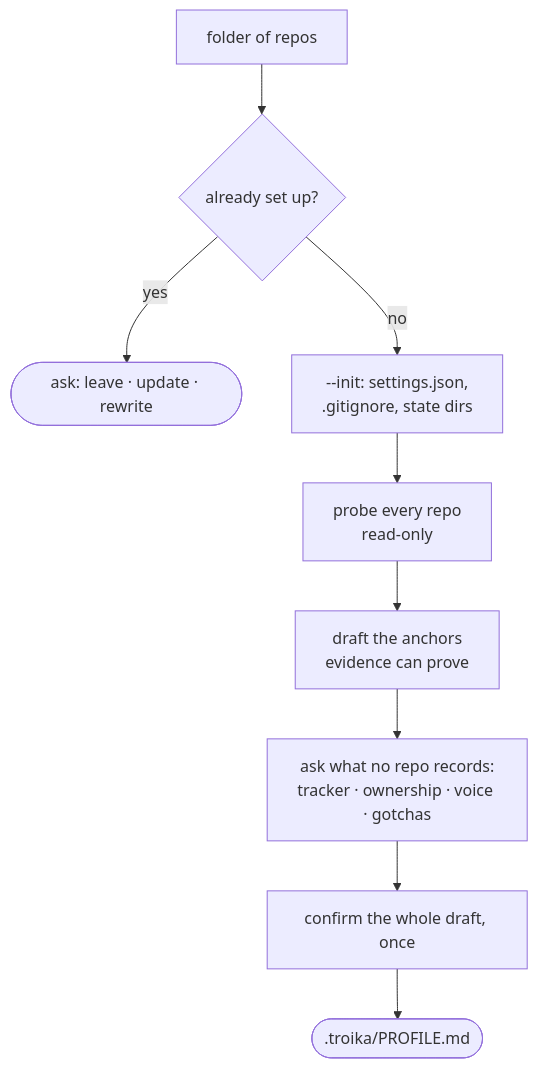
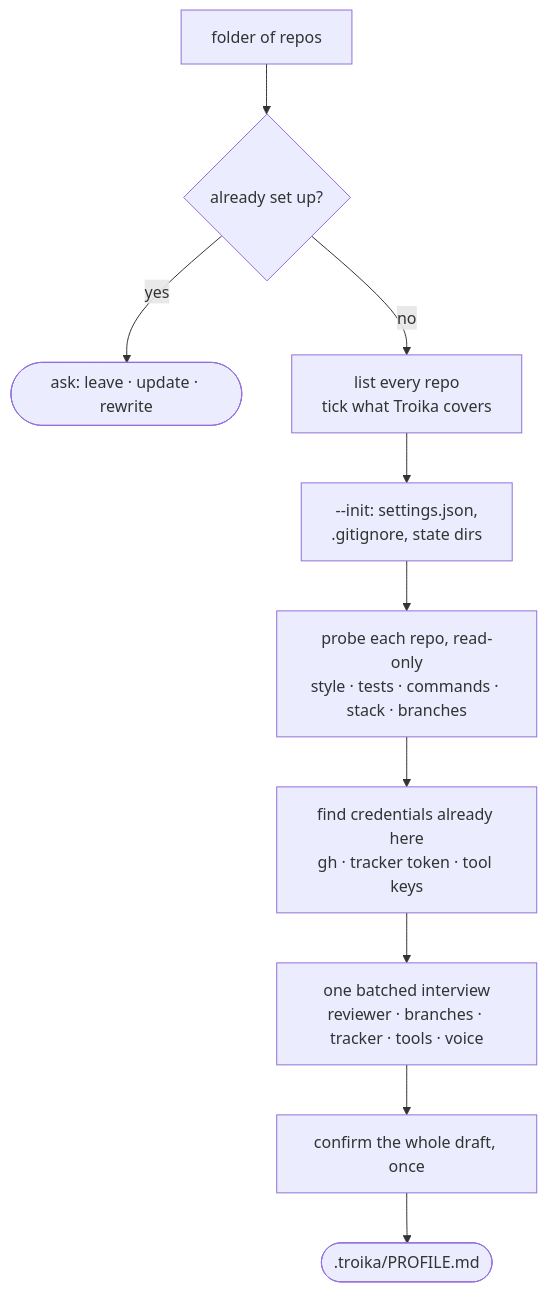
Before and after one commit to vsdudakov/troika: the first of 9 diagrams in README.md, drawn with Mermaid. The commit also changed 3 other files, not shown here.

````diff
--- a/README.md
+++ b/README.md
@@ -126,11 +126,12 @@
 ```mermaid
 flowchart TD
   A[folder of repos] --> B{already set up?}
   B -- yes --> Z([ask: leave · update · rewrite])
-  B -- no --> C[--init: settings.json,<br/>.gitignore, state dirs]
-  C --> D[probe every repo<br/>read-only]
-  D --> E[draft the anchors<br/>evidence can prove]
-  E --> F[ask what no repo records:<br/>tracker · ownership · voice · gotchas]
-  F --> G[confirm the whole draft, once]
-  G --> H([.troika/PROFILE.md])
+  B -- no --> C[list every repo<br/>tick what Troika covers]
+  C --> D[--init: settings.json,<br/>.gitignore, state dirs]
+  D --> E[probe each repo, read-only<br/>style · tests · commands · stack · branches]
+  E --> F[find credentials already here<br/>gh · tracker token · tool keys]
+  F --> G[one batched interview<br/>reviewer · branches · tracker · tools · voice]
+  G --> H[confirm the whole draft, once]
+  H --> I([.troika/PROFILE.md])
 ```
````
